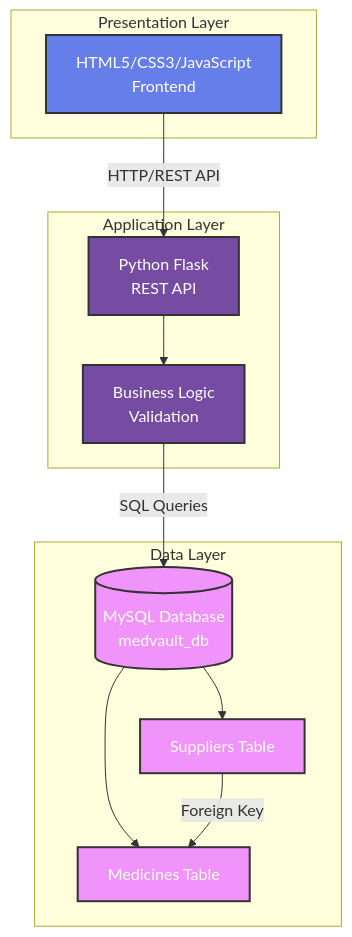
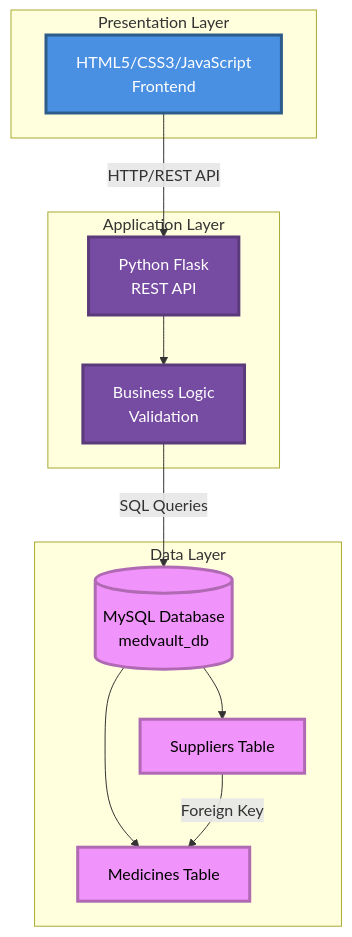
One commit to SairajJadhav08/MEDLOCUS---Precision-Care-Through-Smart-Management changed the first of 12 diagrams in README.md. Above: the diagram before and after it, drawn with Mermaid. The commit also changed other lines of this file, not shown here.

Commit message:
Update README: Fix GitHub rendering, improve logo layout, enhance mermaid diagrams

````diff
--- a/README.md
+++ b/README.md
@@ -334,31 +160,31 @@
 ```mermaid
 graph TB
     subgraph "Presentation Layer"
-        A[HTML5/CSS3/JavaScript<br/>Frontend]
+        A["HTML5/CSS3/JavaScript<br/>Frontend"]
     end
     
     subgraph "Application Layer"
-        B[Python Flask<br/>REST API]
-        C[Business Logic<br/>Validation]
+        B["Python Flask<br/>REST API"]
+        C["Business Logic<br/>Validation"]
     end
     
     subgraph "Data Layer"
-        D[(MySQL Database<br/>medvault_db)]
-        E[Suppliers Table]
-        F[Medicines Table]
+        D[("MySQL Database<br/>medvault_db")]
+        E["Suppliers Table"]
+        F["Medicines Table"]
     end
     
-    A -->|HTTP/REST API| B
+    A -->|"HTTP/REST API"| B
     B --> C
-    C -->|SQL Queries| D
+    C -->|"SQL Queries"| D
     D --> E
     D --> F
-    E -->|Foreign Key| F
+    E -->|"Foreign Key"| F
     
-    style A fill:#667eea,stroke:#333,stroke-width:2px,color:#fff
-    style B fill:#764ba2,stroke:#333,stroke-width:2px,color:#fff
-    style C fill:#764ba2,stroke:#333,stroke-width:2px,color:#fff
-    style D fill:#f093fb,stroke:#333,stroke-width:2px,color:#fff
-    style E fill:#f093fb,stroke:#333,stroke-width:2px,color:#fff
-    style F fill:#f093fb,stroke:#333,stroke-width:2px,color:#fff
+    style A fill:#4A90E2,stroke:#2E5C8A,stroke-width:3px,color:#FFFFFF
+    style B fill:#764ba2,stroke:#5A3A7A,stroke-width:3px,color:#FFFFFF
+    style C fill:#764ba2,stroke:#5A3A7A,stroke-width:3px,color:#FFFFFF
+    style D fill:#F093FB,stroke:#B06AB3,stroke-width:3px,color:#000000
+    style E fill:#F093FB,stroke:#B06AB3,stroke-width:3px,color:#000000
+    style F fill:#F093FB,stroke:#B06AB3,stroke-width:3px,color:#000000
 ```
````
